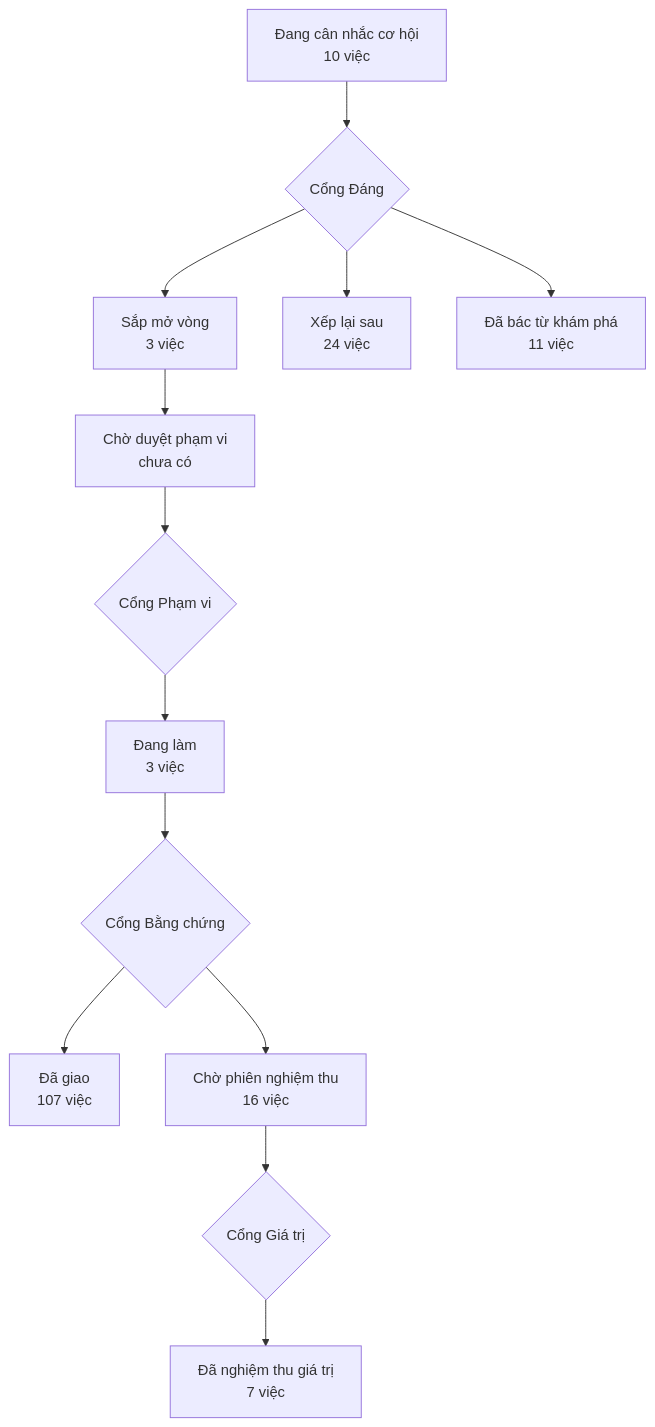
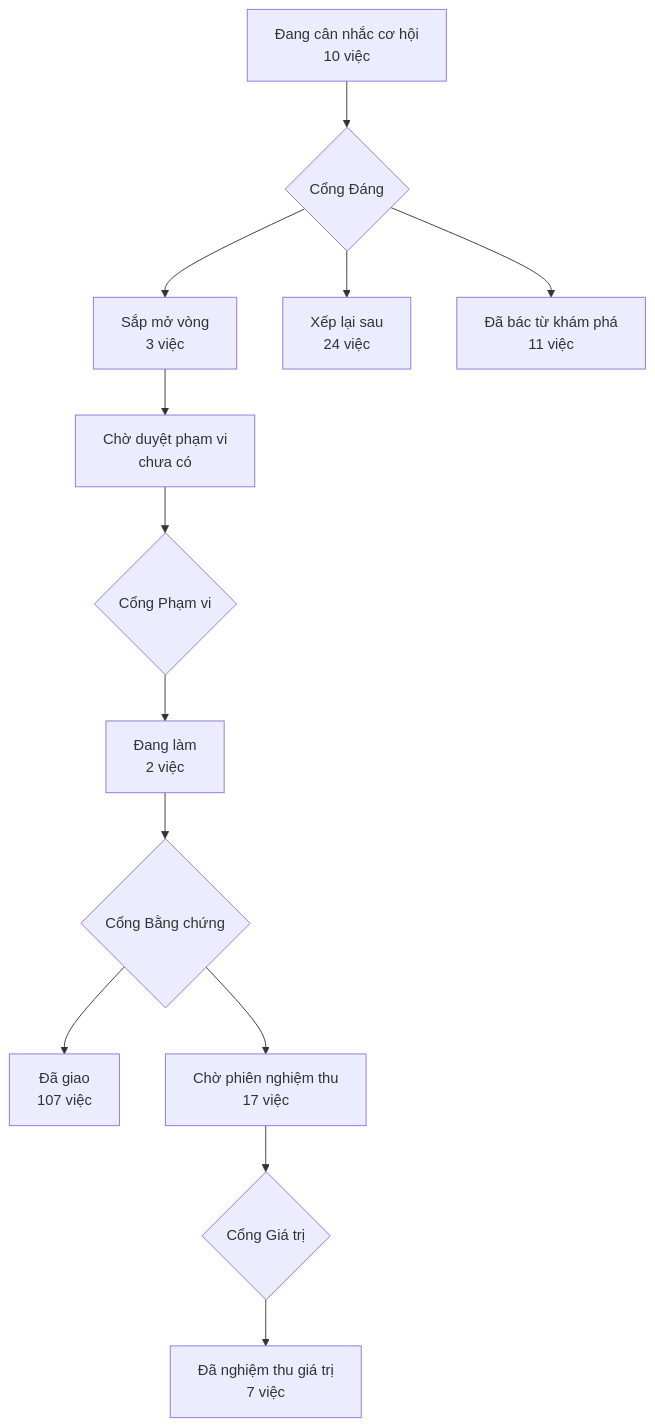
One commit to phanlemanh/acceptance-gate-kit changed the diagram in PRODUCT-MAP.md. Above: the diagram before and after it, drawn with Mermaid. The commit also changed 7 other files, not shown here.

````diff
--- a/PRODUCT-MAP.md
+++ b/PRODUCT-MAP.md
@@ -7,12 +7,12 @@
 ```mermaid
 flowchart TD
   A["Đang cân nhắc cơ hội<br/>10 việc"] --> GD{"Cổng Đáng"}
   GD --> B["Sắp mở vòng<br/>3 việc"]
   GD --> XL["Xếp lại sau<br/>24 việc"]
   GD --> DB["Đã bác từ khám phá<br/>11 việc"]
   B --> CD["Chờ duyệt phạm vi<br/>chưa có"] --> GP{"Cổng Phạm vi"}
-  GP --> DL["Đang làm<br/>3 việc"] --> GB{"Cổng Bằng chứng"}
+  GP --> DL["Đang làm<br/>2 việc"] --> GB{"Cổng Bằng chứng"}
   GB --> DG["Đã giao<br/>107 việc"]
-  GB --> CN["Chờ phiên nghiệm thu<br/>16 việc"] --> GG{"Cổng Giá trị"}
+  GB --> CN["Chờ phiên nghiệm thu<br/>17 việc"] --> GG{"Cổng Giá trị"}
   GG --> NT["Đã nghiệm thu giá trị<br/>7 việc"]
 ```
````
